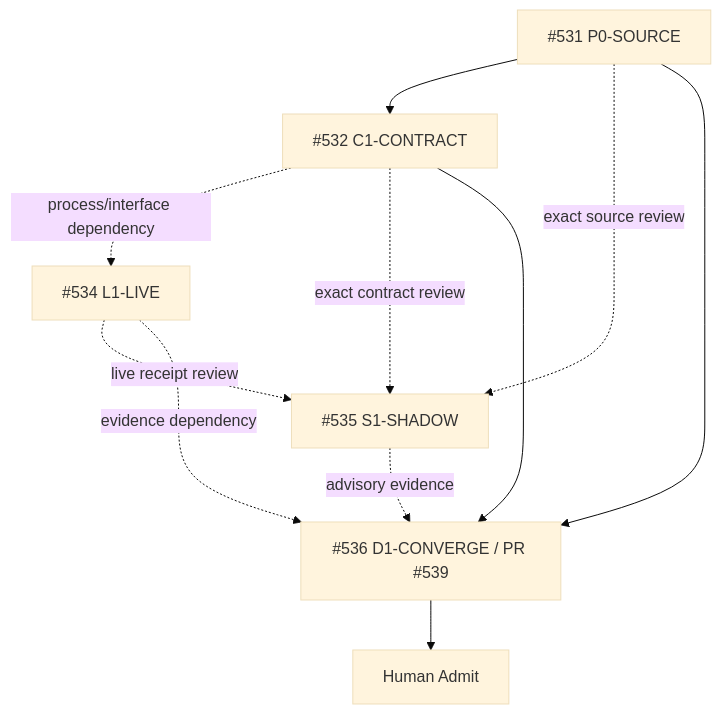
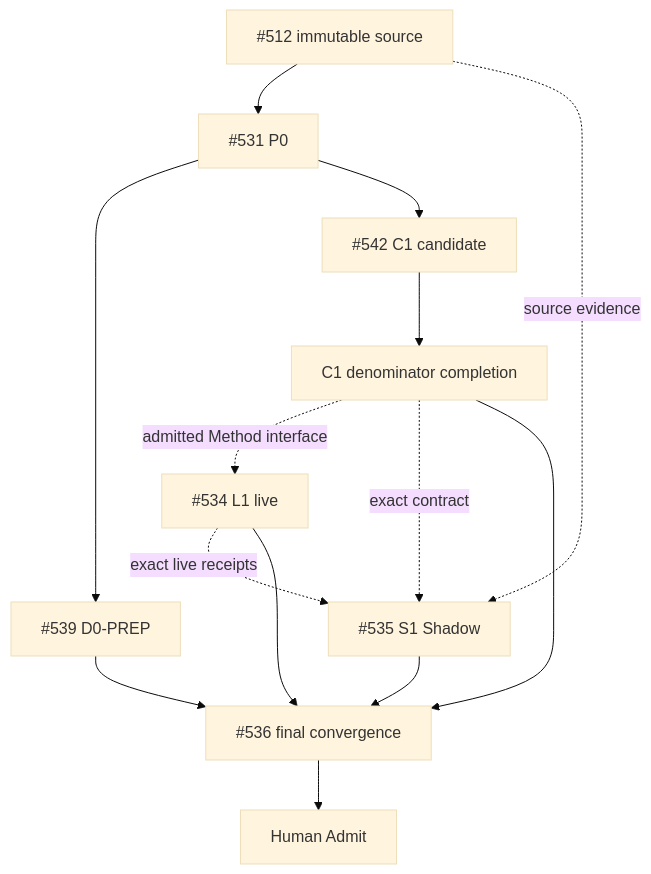
Before and after one commit to ed3c/skills-shared: the diagram in skills/git-town-stacked-pr-worker/molecular-indexes/git-at-any-scale/README.md, drawn with Mermaid (base theme). The commit also changed other lines of this file, not shown here.

Commit message:
docs(git-scale): index implemented C1 Stack candidate

````diff
--- a/skills/git-town-stacked-pr-worker/molecular-indexes/git-at-any-scale/README.md
+++ b/skills/git-town-stacked-pr-worker/molecular-indexes/git-at-any-scale/README.md
@@ -33,20 +35,26 @@
 ```mermaid
 flowchart TD
-    P0[#531 P0-SOURCE]
-    C1[#532 C1-CONTRACT]
-    L1[#534 L1-LIVE]
-    S1[#535 S1-SHADOW]
-    D1[#536 D1-CONVERGE / PR #539]
+    SRC[#512 immutable source]
+    P0[#531 P0]
+    D0[#539 D0-PREP]
+    C1[#542 C1 candidate]
+    CC[C1 denominator completion]
+    L1[#534 L1 live]
+    S1[#535 S1 Shadow]
+    D1[#536 final convergence]
     H[Human Admit]
 
+    SRC --> P0
+    P0 --> D0
     P0 --> C1
-    C1 -. process/interface dependency .-> L1
-    P0 -. exact source review .-> S1
-    C1 -. exact contract review .-> S1
-    L1 -. live receipt review .-> S1
-    P0 --> D1
-    C1 --> D1
-    L1 -. evidence dependency .-> D1
-    S1 -. advisory evidence .-> D1
+    C1 --> CC
+    CC -. admitted Method interface .-> L1
+    SRC -. source evidence .-> S1
+    CC -. exact contract .-> S1
+    L1 -. exact live receipts .-> S1
+    D0 --> D1
+    CC --> D1
+    L1 --> D1
+    S1 --> D1
     D1 --> H
 ```
````
